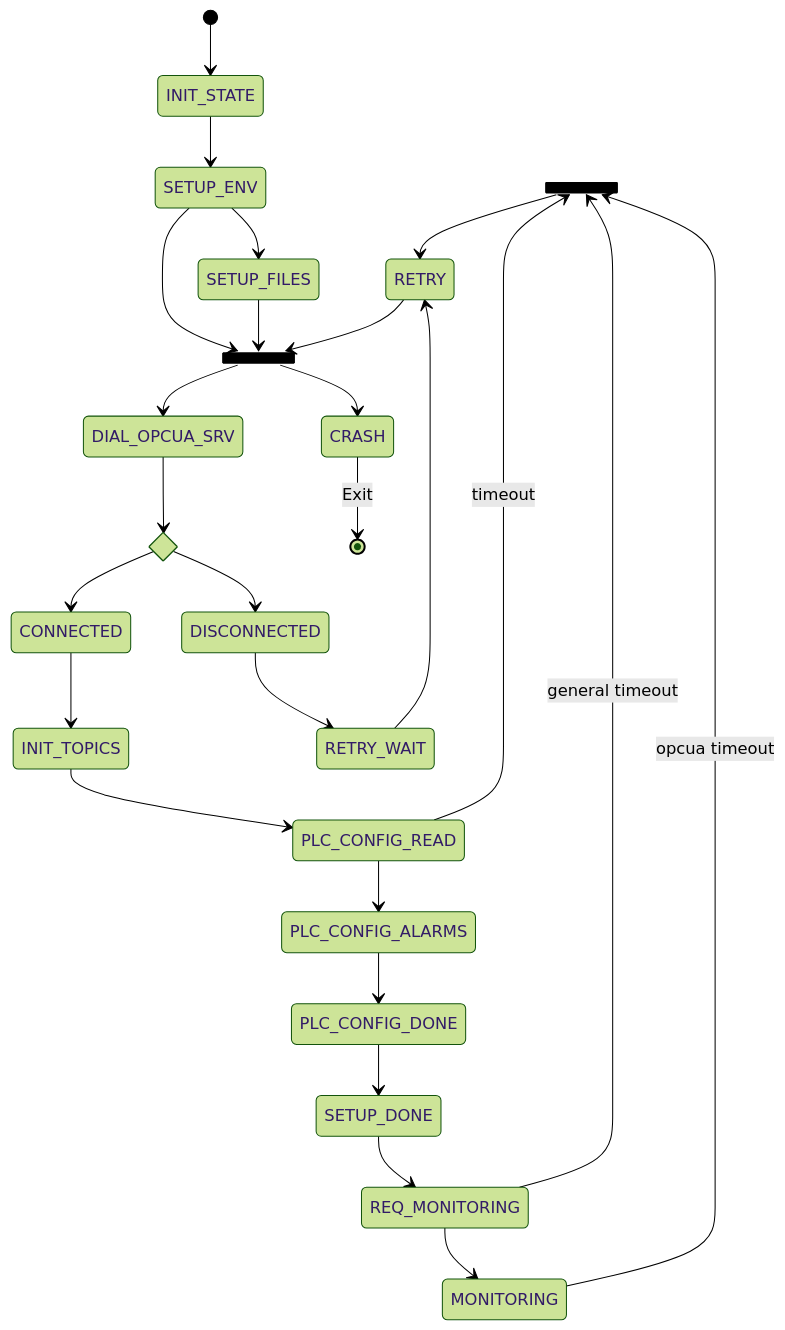
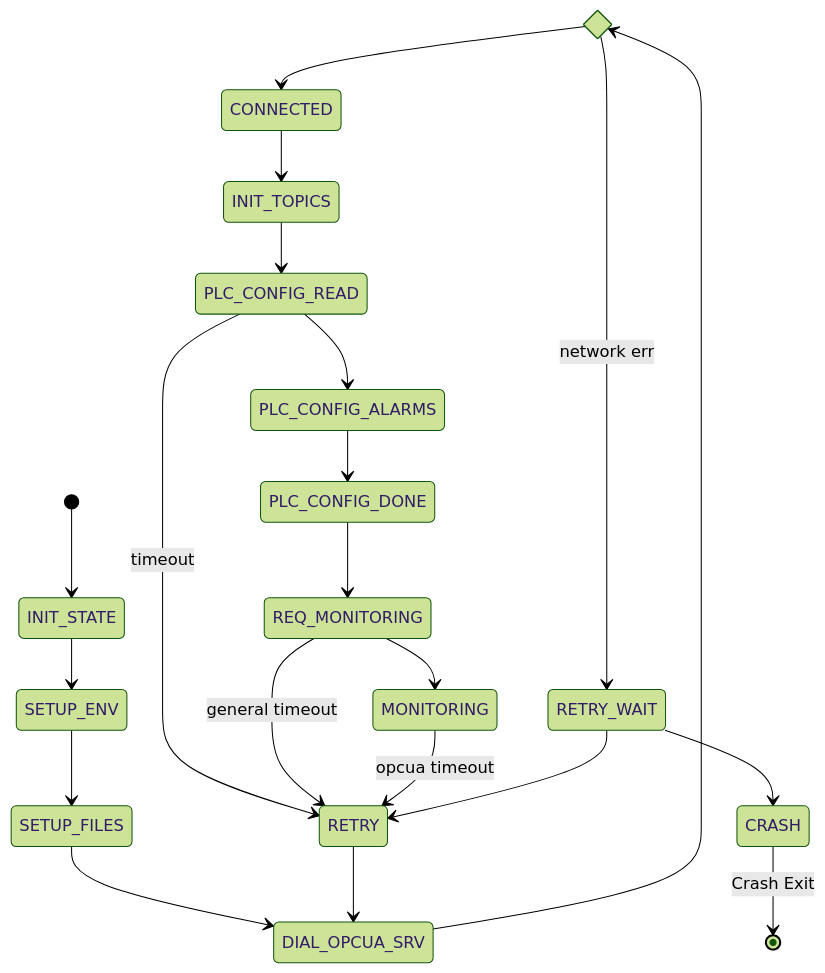
Before and after one commit to Strunck/awculle_datahub: the diagram in retry.md, drawn with Mermaid (forest theme). The commit also changed 6 other files, not shown here.

````diff
--- a/retry.md
+++ b/retry.md
@@ -23,58 +23,47 @@
 ```mermaid
 stateDiagram-v2
-    state ERROR <<join>>
-    state FATAL <<join>>
+
     state CONNECT_OK <<choice>>
     
     [*] --> INIT_STATE    
 
     INIT_STATE --> SETUP_ENV
 
     SETUP_ENV --> SETUP_FILES
 
-    SETUP_ENV --> FATAL
+    SETUP_FILES --> DIAL_OPCUA_SRV
 
-    FATAL --> DIAL_OPCUA_SRV
-
-    SETUP_FILES --> FATAL
-
-    FATAL --> CRASH
-    
-    CRASH --> [*]: Exit
-    
     DIAL_OPCUA_SRV --> CONNECT_OK
 
     CONNECT_OK --> CONNECTED
 
     CONNECTED --> INIT_TOPICS
     
     INIT_TOPICS -->  PLC_CONFIG_READ
 
     PLC_CONFIG_READ --> PLC_CONFIG_ALARMS
     
     PLC_CONFIG_ALARMS --> PLC_CONFIG_DONE
 
-    PLC_CONFIG_READ --> ERROR : timeout
+    PLC_CONFIG_READ --> RETRY : timeout
 
-    PLC_CONFIG_DONE --> SETUP_DONE 
-    
-    SETUP_DONE --> REQ_MONITORING
+    PLC_CONFIG_DONE --> REQ_MONITORING         
 
     REQ_MONITORING --> MONITORING
 
-    REQ_MONITORING --> ERROR: general timeout
+    REQ_MONITORING --> RETRY: general timeout
 
-    MONITORING --> ERROR: opcua timeout
+    MONITORING --> RETRY: opcua timeout
 
-    ERROR --> RETRY
+    RETRY --> DIAL_OPCUA_SRV
     
-    RETRY --> FATAL
+    RETRY_WAIT --> CRASH
 
-    CONNECT_OK --> DISCONNECTED 
-
-    DISCONNECTED --> RETRY_WAIT
+    CONNECT_OK --> RETRY_WAIT : network err
     
     RETRY_WAIT --> RETRY
-
+    
+    CRASH --> [*]: Crash Exit 
+    
     
  ```
````
